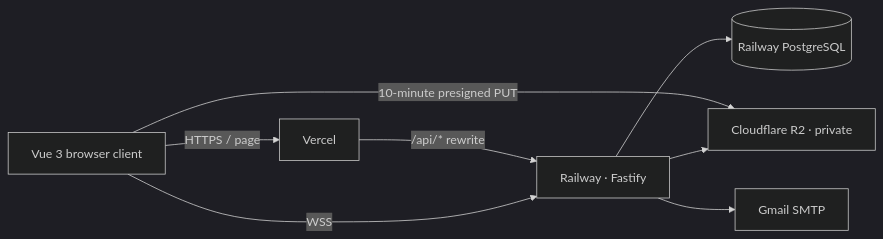
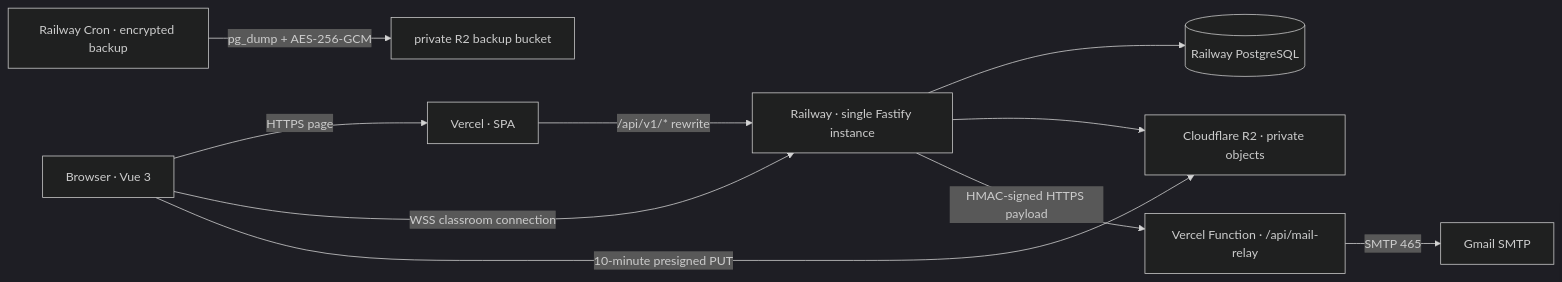
Before and after one commit to computersciencefreshmen/International_Chinese_Platform: the second of 2 diagrams in README.en.md, drawn with Mermaid (dark theme). The commit also changed other lines of this file and 7 other files, not shown here.

````diff
--- a/README.en.md
+++ b/README.en.md
@@ -21,10 +212,22 @@
 ```mermaid
 flowchart LR
-  Browser["Vue 3 browser client"] -->|"HTTPS / page"| Vercel[Vercel]
-  Vercel -->|"/api/* rewrite"| API["Railway · Fastify"]
-  Browser -->|"WSS"| API
-  Browser -->|"10-minute presigned PUT"| R2["Cloudflare R2 · private"]
-  API --> PG[(Railway PostgreSQL)]
+  Browser["Browser · Vue 3"]
+  Vercel["Vercel · SPA"]
+  API["Railway · single Fastify instance"]
+  PG[("Railway PostgreSQL")]
+  R2["Cloudflare R2 · private objects"]
+  Relay["Vercel Function · /api/mail-relay"]
+  Gmail["Gmail SMTP"]
+  Backup["Railway Cron · encrypted backup"]
+  BackupBucket["private R2 backup bucket"]
+
+  Browser -->|"HTTPS page"| Vercel
+  Vercel -->|"/api/v1/* rewrite"| API
+  Browser -->|"WSS classroom connection"| API
+  Browser -->|"10-minute presigned PUT"| R2
+  API --> PG
   API --> R2
-  API --> Gmail["Gmail SMTP"]
+  API -->|"HMAC-signed HTTPS payload"| Relay
+  Relay -->|"SMTP 465"| Gmail
+  Backup -->|"pg_dump + AES-256-GCM"| BackupBucket
 ```
````
